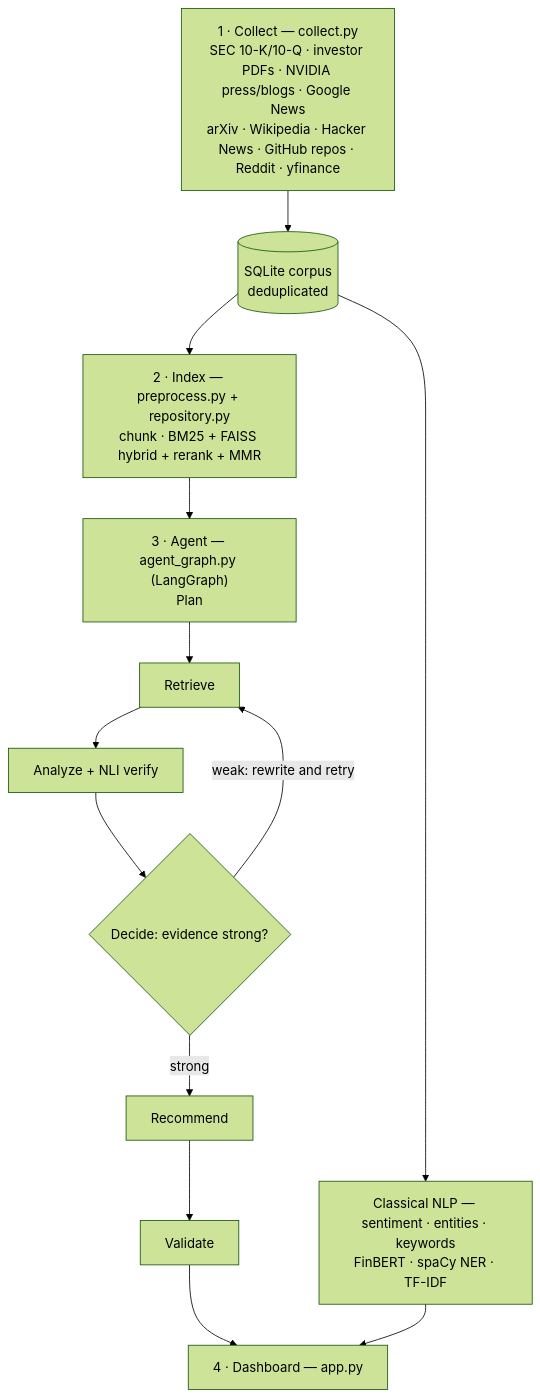
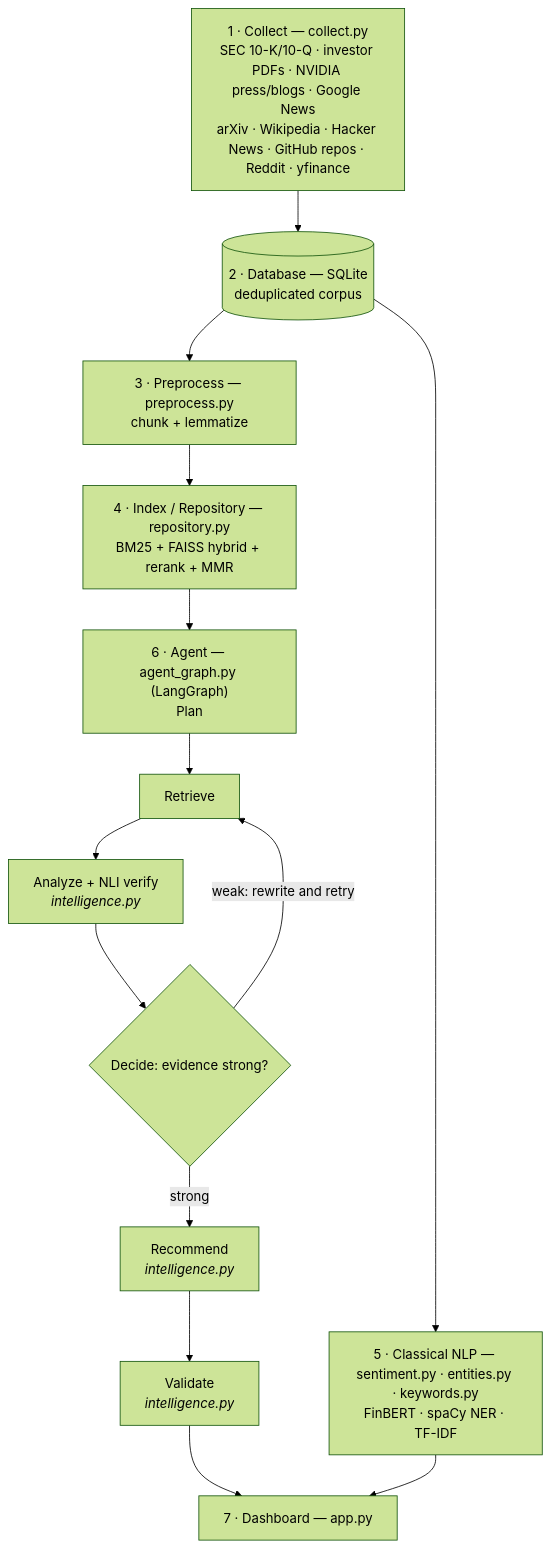
One commit to AnushkaSDBI/NVIDIA-CEO-AGENT changed the diagram in README.md. Above: the diagram before and after it, drawn with Mermaid (forest theme). The commit also changed other lines of this file, not shown here.

````diff
--- a/README.md
+++ b/README.md
@@ -101,18 +101,19 @@
 ```mermaid
 flowchart TD
     SRC["1 · Collect — collect.py<br/>SEC 10-K/10-Q · investor PDFs · NVIDIA press/blogs · Google News<br/>arXiv · Wikipedia · Hacker News · GitHub repos · Reddit · yfinance"]
-    SRC --> DB[("SQLite corpus<br/>deduplicated")]
-    DB --> IDX["2 · Index — preprocess.py + repository.py<br/>chunk · BM25 + FAISS hybrid + rerank + MMR"]
-    DB --> NLP["Classical NLP — sentiment · entities · keywords<br/>FinBERT · spaCy NER · TF-IDF"]
+    SRC --> DB[("2 · Database — SQLite<br/>deduplicated corpus")]
+    DB --> PRE["3 · Preprocess — preprocess.py<br/>chunk + lemmatize"]
+    PRE --> IDX["4 · Index / Repository — repository.py<br/>BM25 + FAISS hybrid + rerank + MMR"]
+    DB --> NLP["5 · Classical NLP — sentiment.py · entities.py · keywords.py<br/>FinBERT · spaCy NER · TF-IDF"]
 
-    IDX --> PLAN["3 · Agent — agent_graph.py (LangGraph)<br/>Plan"]
+    IDX --> PLAN["6 · Agent — agent_graph.py (LangGraph)<br/>Plan"]
     PLAN --> RET["Retrieve"]
-    RET --> ANA["Analyze + NLI verify"]
+    RET --> ANA["Analyze + NLI verify<br/><i>intelligence.py</i>"]
     ANA --> DEC{"Decide: evidence strong?"}
     DEC -->|weak: rewrite and retry| RET
-    DEC -->|strong| REC["Recommend"]
-    REC --> VAL["Validate"]
+    DEC -->|strong| REC["Recommend<br/><i>intelligence.py</i>"]
+    REC --> VAL["Validate<br/><i>intelligence.py</i>"]
 
-    VAL --> APP["4 · Dashboard — app.py"]
+    VAL --> APP["7 · Dashboard — app.py"]
     NLP --> APP
 ```
````
